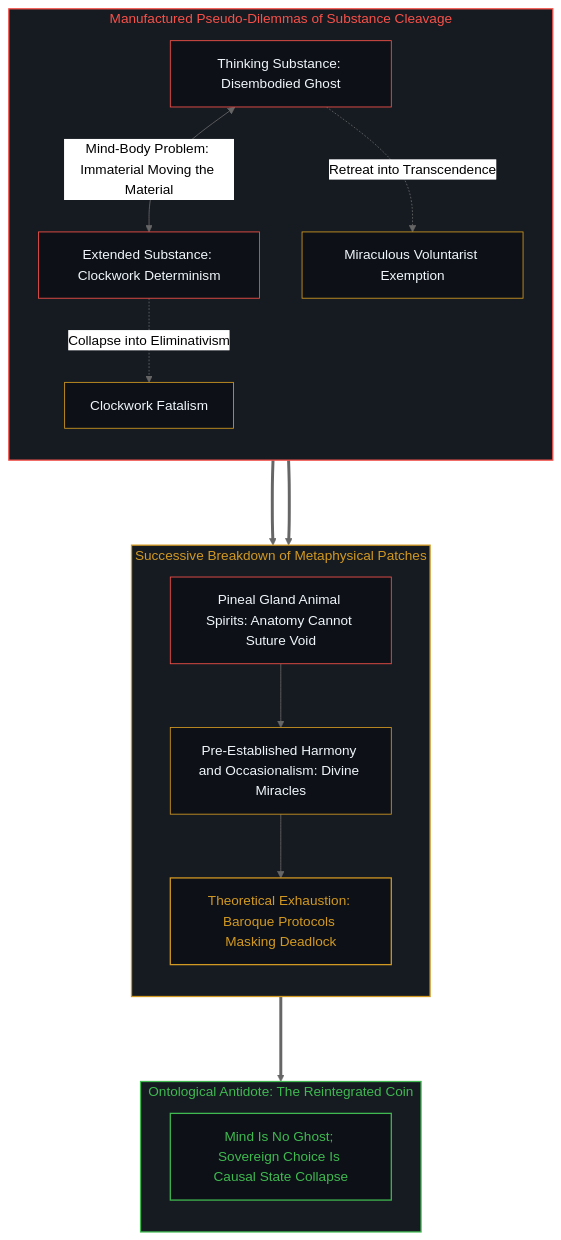
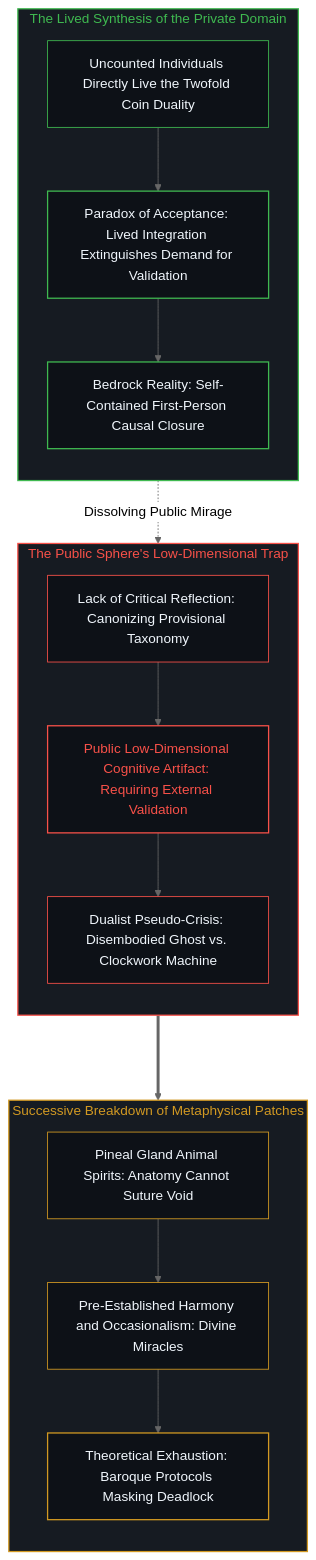
Before and after one commit to powerpig99/not-a-toe: the sixth of 10 diagrams in content/posts/the-cartesian-overstep-and-the-frenzy-of-creation.md, drawn with Mermaid (neutral theme). The commit also changed other lines of this file and 3 other files, not shown here.

Commit message:
feat(post-337): incorporate public vs private domain and paradox of public acceptance

````diff
--- a/content/posts/the-cartesian-overstep-and-the-frenzy-of-creation.md
+++ b/content/posts/the-cartesian-overstep-and-the-frenzy-of-creation.md
@@ -224,35 +227,36 @@
 ```mermaid
 graph TD
-    subgraph S_ArtificialDilemma_EN ["Manufactured Pseudo-Dilemmas of Substance Cleavage"]
+    subgraph S_PublicTheatre_EN ["The Public Sphere's Low-Dimensional Trap"]
         direction TB
-        AE_MindGhost["Thinking Substance: Disembodied Ghost"] <-->|"Mind-Body Problem: Immaterial Moving the Material"| AE_MatterClock["Extended Substance: Clockwork Determinism"]
-        AE_MindGhost -.->|"Retreat into Transcendence"| AE_Voluntarism["Miraculous Voluntarist Exemption"]
-        AE_MatterClock -.->|"Collapse into Eliminativism"| AE_Determinism["Clockwork Fatalism"]
+        PUB_Inertia_EN["Lack of Critical Reflection: Canonizing Provisional Taxonomy"] --> PUB_LowDim_EN["Public Low-Dimensional Cognitive Artifact: Requiring External Validation"]
+        PUB_LowDim_EN --> PUB_Dilemma_EN["Dualist Pseudo-Crisis: Disembodied Ghost vs. Clockwork Machine"]
+    end
+
+    subgraph S_PrivateLeap_EN ["The Lived Synthesis of the Private Domain"]
+        direction TB
+        PRI_Coin_EN["Uncounted Individuals Directly Live the Twofold Coin Duality"] --> PRI_Paradox_EN["Paradox of Acceptance: Lived Integration Extinguishes Demand for Validation"]
+        PRI_Paradox_EN --> PRI_Ground_EN["Bedrock Reality: Self-Contained First-Person Causal Closure"]
     end
 
     subgraph S_PatchFailures_EN ["Successive Breakdown of Metaphysical Patches"]
         direction TB
         PE_Pineal["Pineal Gland Animal Spirits: Anatomy Cannot Suture Void"] --> PE_Harmony["Pre-Established Harmony and Occasionalism: Divine Miracles"]
         PE_Harmony --> PE_Exhaustion["Theoretical Exhaustion: Baroque Protocols Masking Deadlock"]
     end
 
-    subgraph S_ReintegratedCoin_EN ["Ontological Antidote: The Reintegrated Coin"]
-        direction TB
-        RE_Reunite["Mind Is No Ghost; Sovereign Choice Is Causal State Collapse"]
-    end
+    PUB_Dilemma_EN ===> PE_Pineal
+    PRI_Ground_EN -.->|"Dissolving Public Mirage"| PUB_LowDim_EN
 
-    AE_Voluntarism & AE_Determinism ===> PE_Pineal
-    PE_Exhaustion ===> RE_Reunite
-
-    style S_ArtificialDilemma_EN fill:#161b22,stroke:#f85149,stroke-width:1.5px,color:#f85149
+    style S_PublicTheatre_EN fill:#161b22,stroke:#f85149,stroke-width:1.5px,color:#f85149
+    style S_PrivateLeap_EN fill:#161b22,stroke:#3fb950,stroke-width:1.5px,color:#3fb950
     style S_PatchFailures_EN fill:#161b22,stroke:#d29922,stroke-width:1.5px,color:#d29922
-    style S_ReintegratedCoin_EN fill:#161b22,stroke:#3fb950,stroke-width:1.5px,color:#3fb950
-    style AE_MindGhost fill:#0d1117,stroke:#f85149,stroke-width:1px,color:#f0f6fc
-    style AE_MatterClock fill:#0d1117,stroke:#f85149,stroke-width:1px,color:#f0f6fc
-    style AE_Voluntarism fill:#0d1117,stroke:#d29922,stroke-width:1px,color:#f0f6fc
-    style AE_Determinism fill:#0d1117,stroke:#d29922,stroke-width:1px,color:#f0f6fc
-    style PE_Pineal fill:#0d1117,stroke:#f85149,stroke-width:1px,color:#f0f6fc
+    style PUB_Inertia_EN fill:#0d1117,stroke:#f85149,stroke-width:1px,color:#f0f6fc
+    style PUB_LowDim_EN fill:#0d1117,stroke:#f85149,stroke-width:1.5px,color:#f85149
+    style PUB_Dilemma_EN fill:#0d1117,stroke:#f85149,stroke-width:1px,color:#f0f6fc
+    style PRI_Coin_EN fill:#0d1117,stroke:#3fb950,stroke-width:1px,color:#f0f6fc
+    style PRI_Paradox_EN fill:#0d1117,stroke:#3fb950,stroke-width:1.5px,color:#f0f6fc
+    style PRI_Ground_EN fill:#0d1117,stroke:#3fb950,stroke-width:1.5px,color:#f0f6fc
+    style PE_Pineal fill:#0d1117,stroke:#d29922,stroke-width:1px,color:#f0f6fc
     style PE_Harmony fill:#0d1117,stroke:#d29922,stroke-width:1px,color:#f0f6fc
-    style PE_Exhaustion fill:#0d1117,stroke:#d29922,stroke-width:1.5px,color:#d29922
-    style RE_Reunite fill:#0d1117,stroke:#3fb950,stroke-width:1.5px,color:#3fb950
+    style PE_Exhaustion fill:#0d1117,stroke:#d29922,stroke-width:1.5px,color:#f0f6fc
 ```
````
